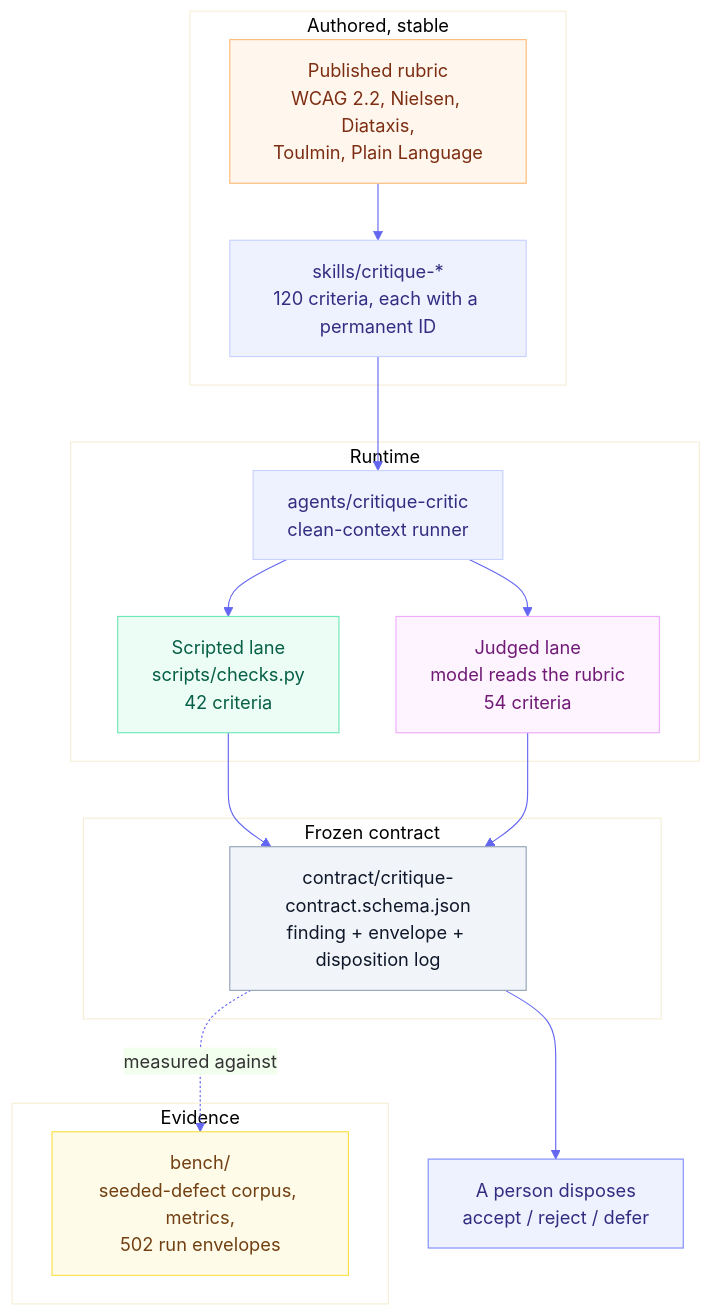
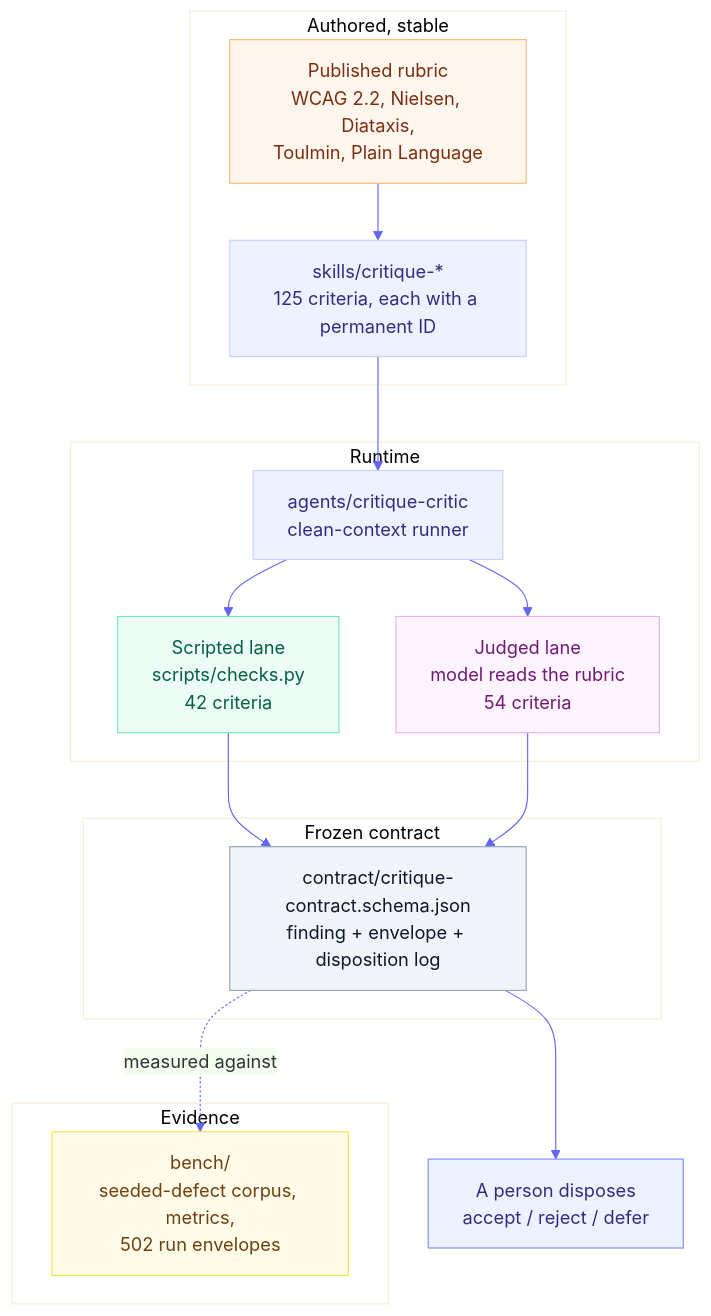
Before and after one commit to product-on-purpose/critique-skills: the diagram in docs/explanation/architecture.md, drawn with Mermaid. The commit also changed 48 other files, not shown here.

````diff
--- a/docs/explanation/architecture.md
+++ b/docs/explanation/architecture.md
@@ -24,36 +24,36 @@
 ```mermaid
 %%{init: {'theme':'base','themeVariables':{'primaryColor':'#eef2ff','primaryBorderColor':'#c7d2fe','lineColor':'#6366f1','fontFamily':'system-ui, sans-serif'}}}%%
 flowchart TD
   subgraph authored["Authored, stable"]
     rubric["Published rubric<br/>WCAG 2.2, Nielsen, Diataxis,<br/>Toulmin, Plain Language"]:::src
-    skill["skills/critique-*<br/>120 criteria, each with a permanent ID"]:::comp
+    skill["skills/critique-*<br/>125 criteria, each with a permanent ID"]:::comp
   end
   subgraph runtime["Runtime"]
     critic["agents/critique-critic<br/>clean-context runner"]:::comp
     scripted["Scripted lane<br/>scripts/checks.py<br/>42 criteria"]:::det
     judged["Judged lane<br/>model reads the rubric<br/>54 criteria"]:::mod
   end
   subgraph frozen["Frozen contract"]
     schema["contract/critique-contract.schema.json<br/>finding + envelope + disposition log"]:::contract
   end
   subgraph evidence["Evidence"]
     bench["bench/<br/>seeded-defect corpus, metrics,<br/>502 run envelopes"]:::ev
   end
 
   rubric --> skill
   skill --> critic
   critic --> scripted
   critic --> judged
   scripted --> schema
   judged --> schema
   schema --> human["A person disposes<br/>accept / reject / defer"]:::out
   schema -.measured against.-> bench
 
   classDef src fill:#fff7ed,stroke:#fdba74,color:#7c2d12
   classDef comp fill:#eef2ff,stroke:#c7d2fe,color:#312e81
   classDef det fill:#ecfdf5,stroke:#6ee7b7,color:#065f46
   classDef mod fill:#fdf4ff,stroke:#f0abfc,color:#701a75
   classDef contract fill:#f1f5f9,stroke:#94a3b8,color:#0f172a
   classDef ev fill:#fefce8,stroke:#fde047,color:#713f12
   classDef out fill:#eef2ff,stroke:#818cf8,color:#312e81
 ```
````
